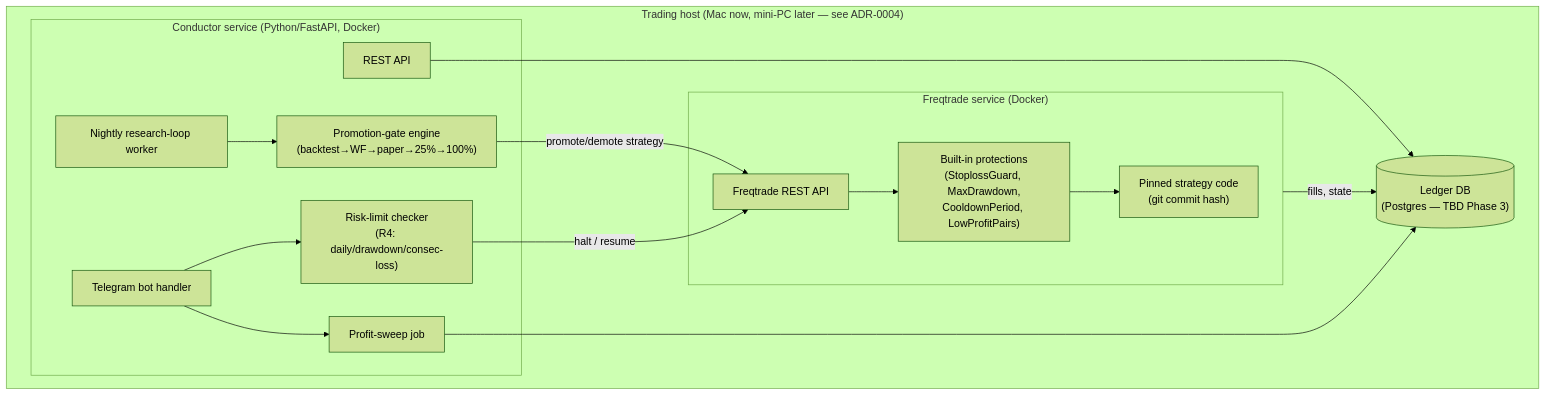
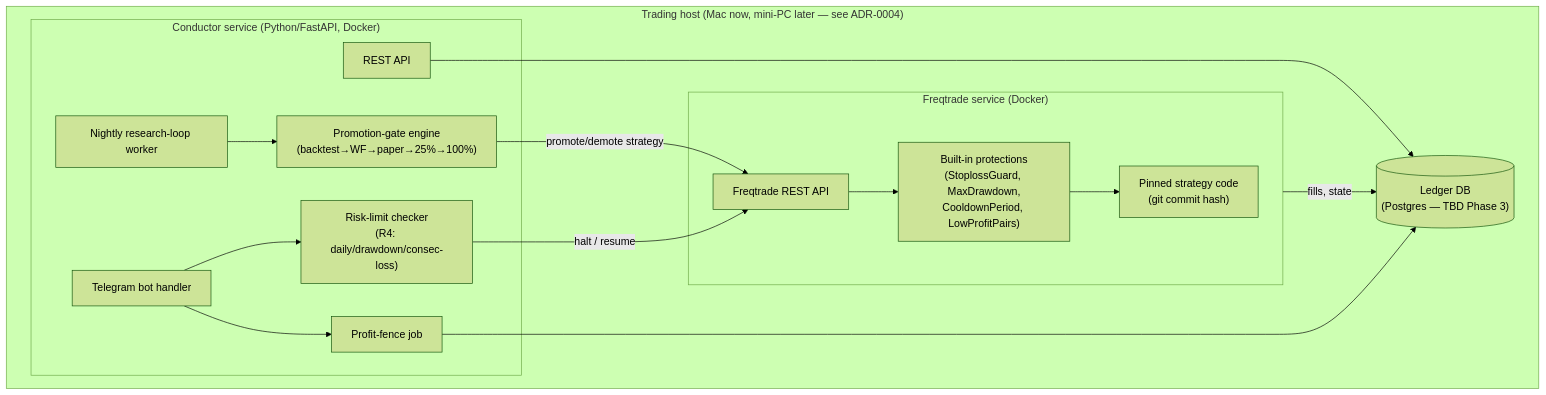
The second of 2 diagrams in docs/04-architecture/overview.md (aplicy-com/guarded-trader), drawn with Mermaid (forest theme) before and after one commit. The commit also changed other lines of this file and 9 other files, not shown here.

Commit message:
docs: fence-not-withdraw profit rule, tighten paper gates, add research cost ceiling

````diff
--- a/docs/04-architecture/overview.md
+++ b/docs/04-architecture/overview.md
@@ -40,32 +44,32 @@
 ```mermaid
 flowchart TB
     subgraph Host["Trading host (Mac now, mini-PC later — see ADR-0004)"]
         subgraph ConductorSvc["Conductor service (Python/FastAPI, Docker)"]
             API["REST API"]
             Loop["Nightly research-loop worker"]
             Gate["Promotion-gate engine<br/>(backtest→WF→paper→25%→100%)"]
             RiskCheck["Risk-limit checker<br/>(R4: daily/drawdown/consec-loss)"]
-            Sweep["Profit-sweep job"]
+            Fence["Profit-fence job"]
             Bot["Telegram bot handler"]
         end
 
         subgraph FreqtradeSvc["Freqtrade service (Docker)"]
             Strategy["Pinned strategy code<br/>(git commit hash)"]
             Protections["Built-in protections<br/>(StoplossGuard, MaxDrawdown,<br/>CooldownPeriod, LowProfitPairs)"]
             REST["Freqtrade REST API"]
         end
 
         Ledger[("Ledger DB<br/>(Postgres — TBD Phase 3)")]
     end
 
     API --> Ledger
     Loop --> Gate
     Gate -- "promote/demote strategy" --> REST
     RiskCheck -- "halt / resume" --> REST
-    Sweep --> Ledger
+    Fence --> Ledger
     Bot --> RiskCheck
-    Bot --> Sweep
+    Bot --> Fence
     REST --> Protections
     Protections --> Strategy
     FreqtradeSvc -- "fills, state" --> Ledger
 ```
````
